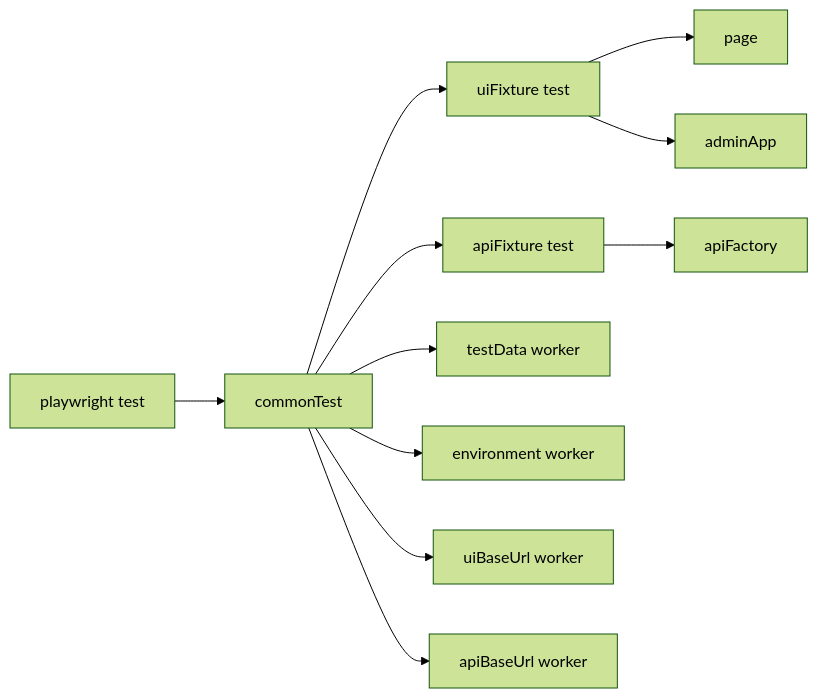
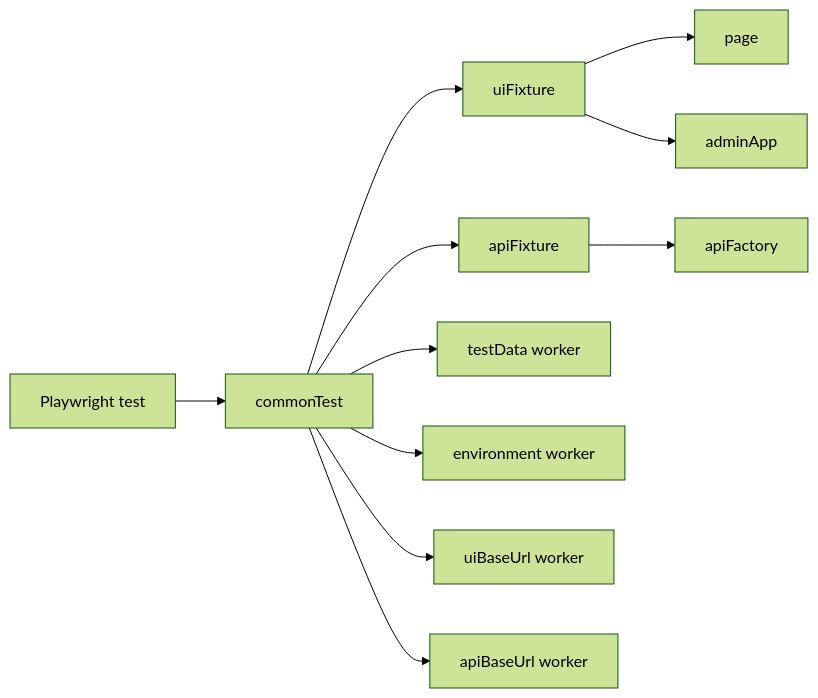
The second of 3 diagrams in docs/FRAMEWORK_DESIGN.md (avinashpoddar/playwright-automation), drawn with Mermaid (forest theme) before and after one commit. The commit also changed other lines of this file, not shown here.

Commit message:
updated diagram

````diff
--- a/docs/FRAMEWORK_DESIGN.md
+++ b/docs/FRAMEWORK_DESIGN.md
@@ -217,21 +218,21 @@
 ```mermaid
 flowchart LR
-  BASE[playwright test]
-  COMMON[commonTest]
-  UI[uiFixture test]
-  API[apiFixture test]
+  PWBASE["Playwright test"]
+  COMMON["commonTest"]
+  UIFIXT["uiFixture"]
+  APIFIXT["apiFixture"]
 
-  BASE --> COMMON
-  COMMON --> UI
-  COMMON --> API
+  PWBASE --> COMMON
+  COMMON --> UIFIXT
+  COMMON --> APIFIXT
 
-  COMMON --> TD[testData worker]
-  COMMON --> ENV[environment worker]
-  COMMON --> UIB[uiBaseUrl worker]
-  COMMON --> APIB[apiBaseUrl worker]
+  COMMON --> TD["testData worker"]
+  COMMON --> ENVFIX["environment worker"]
+  COMMON --> UIB["uiBaseUrl worker"]
+  COMMON --> APIB["apiBaseUrl worker"]
 
-  UI --> PAGE[page]
-  UI --> APP[adminApp]
+  UIFIXT --> PAGE["page"]
+  UIFIXT --> APP["adminApp"]
 
-  API --> AF[apiFactory]
+  APIFIXT --> AF["apiFactory"]
 ```
````
